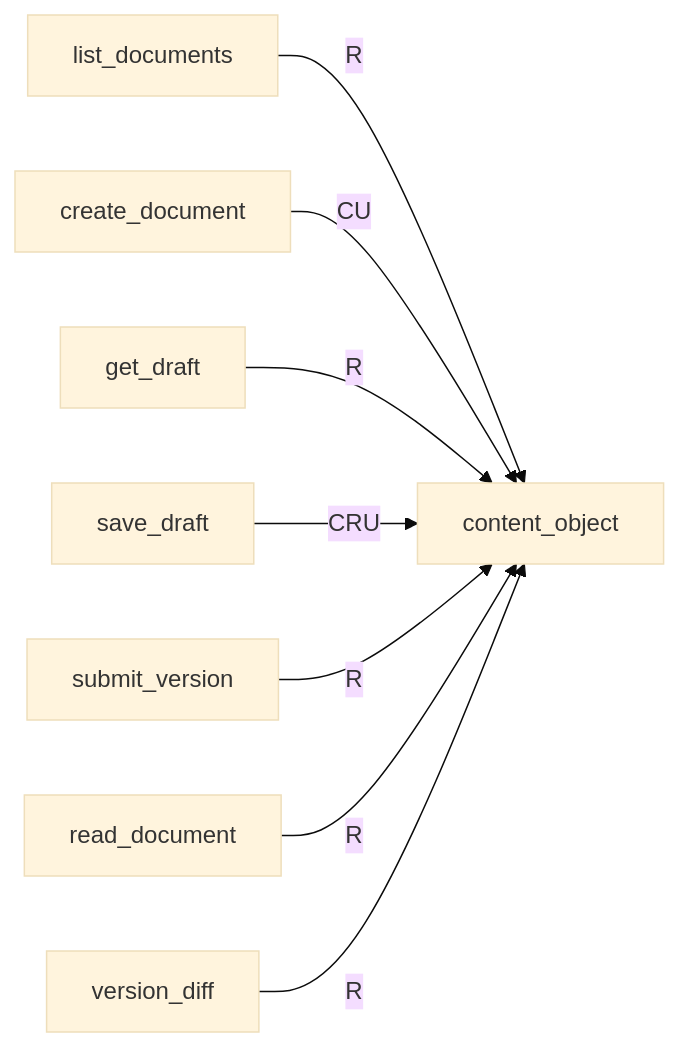
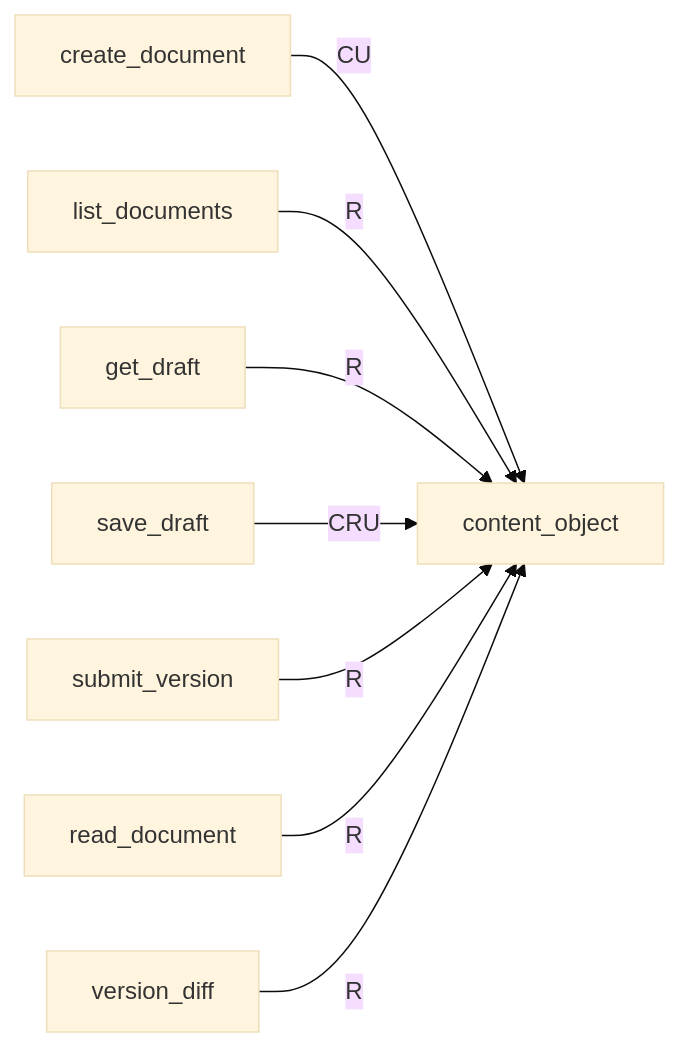
The first of 4 diagrams in docs/design/generated/crud/objects.md (tsuji-tomonori/KotoRelay), drawn with Mermaid (base theme) before and after one commit. The commit also changed other lines of this file and 628 other files, not shown here.

````diff
--- a/docs/design/generated/crud/objects.md
+++ b/docs/design/generated/crud/objects.md
@@ -42,10 +42,10 @@
 ```mermaid
 flowchart LR
-    A0["list_documents"] -->|R| R0["content_object"]
-    A1["create_document"] -->|CU| R0["content_object"]
+    A0["create_document"] -->|CU| R0["content_object"]
+    A1["list_documents"] -->|R| R0["content_object"]
     A2["get_draft"] -->|R| R0["content_object"]
     A3["save_draft"] -->|CRU| R0["content_object"]
     A4["submit_version"] -->|R| R0["content_object"]
     A5["read_document"] -->|R| R0["content_object"]
     A7["version_diff"] -->|R| R0["content_object"]
 ```
````
